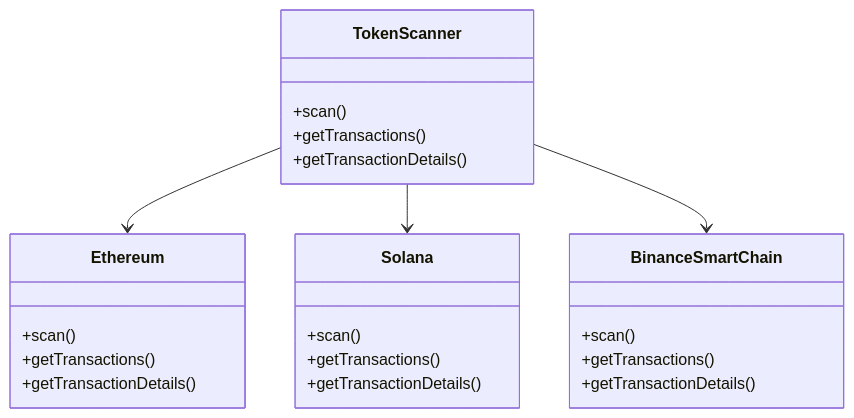
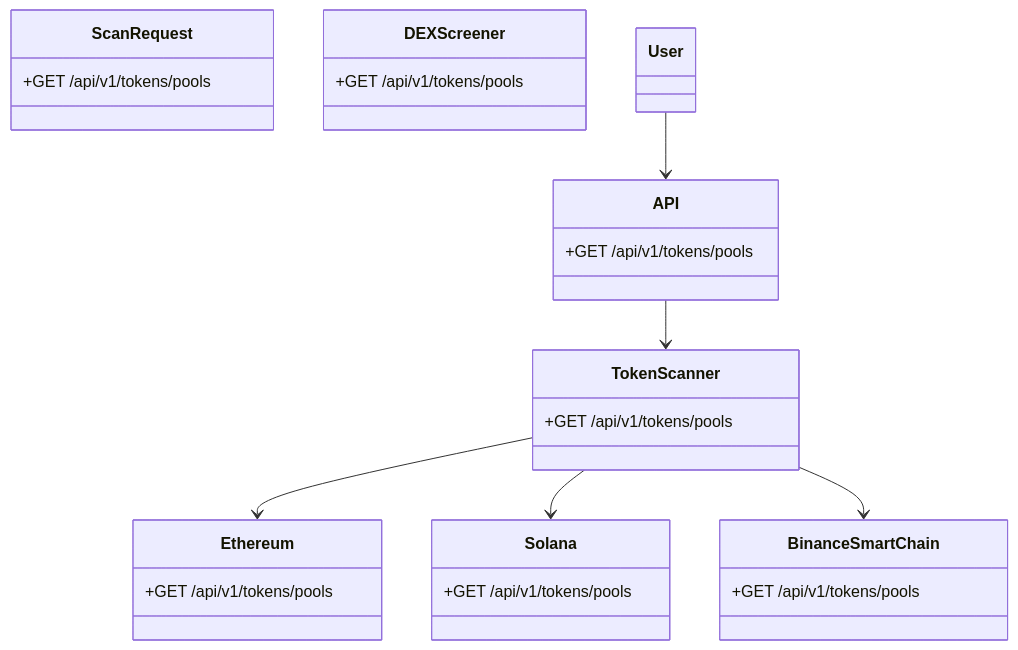
The second of 2 diagrams in README.md (50-Course/token-scanner), drawn with Mermaid before and after one commit. The commit also changed other lines of this file, not shown here.

````diff
--- a/README.md
+++ b/README.md
@@ -39,26 +53,30 @@
 ```mermaid
 classDiagram
+    class ScanRequest {
+        +GET /api/v1/tokens/pools
+    }
+    class API {
+        +GET /api/v1/tokens/pools
+    }
     class TokenScanner {
-        +scan()
-        +getTransactions()
-        +getTransactionDetails()
+        +GET /api/v1/tokens/pools
+    }
+    class DEXScreener {
+        +GET /api/v1/tokens/pools
     }
     class Ethereum {
-        +scan()
-        +getTransactions()
-        +getTransactionDetails()
+        +GET /api/v1/tokens/pools
     }
     class Solana {
-        +scan()
-        +getTransactions()
-        +getTransactionDetails()
+        +GET /api/v1/tokens/pools
     }
     class BinanceSmartChain {
-        +scan()
-        +getTransactions()
-        +getTransactionDetails()
+        +GET /api/v1/tokens/pools
     }
+
+    User --> API
+    API --> TokenScanner
     TokenScanner --> Ethereum
     TokenScanner --> Solana
     TokenScanner --> BinanceSmartChain
 ```
````
